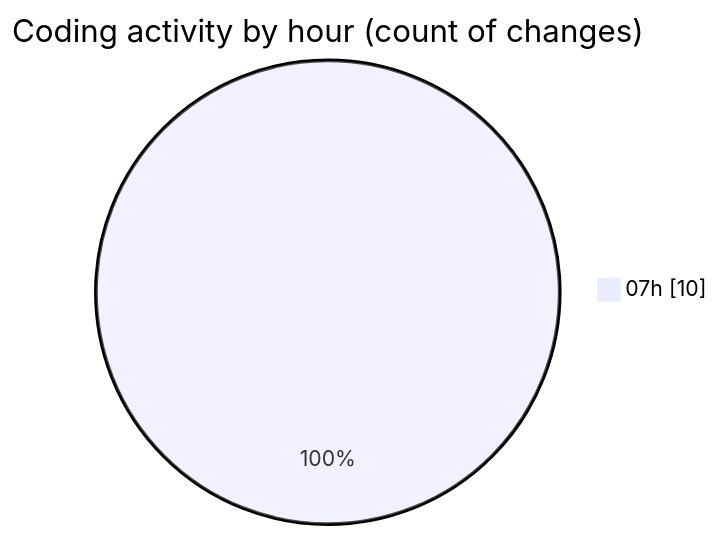
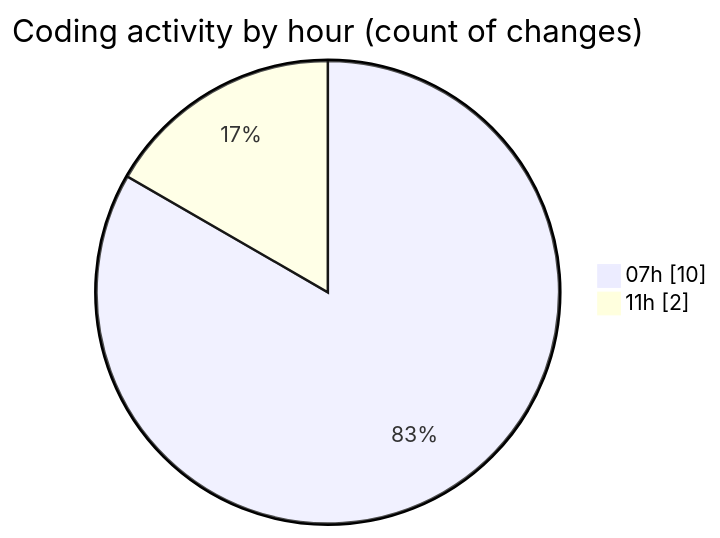
The second of 2 diagrams in 2025-07-12/cursor/README.md (FelipKnott/code-tracking), drawn with Mermaid before and after one commit. The commit also changed other lines of this file and 1 other file, not shown here.

````diff
--- a/2025-07-12/cursor/README.md
+++ b/2025-07-12/cursor/README.md
@@ -30,5 +32,6 @@
 ```mermaid
 pie showData
 title Coding activity by hour (count of changes)
 "07h" : 10
+"11h" : 2
 ```
````
